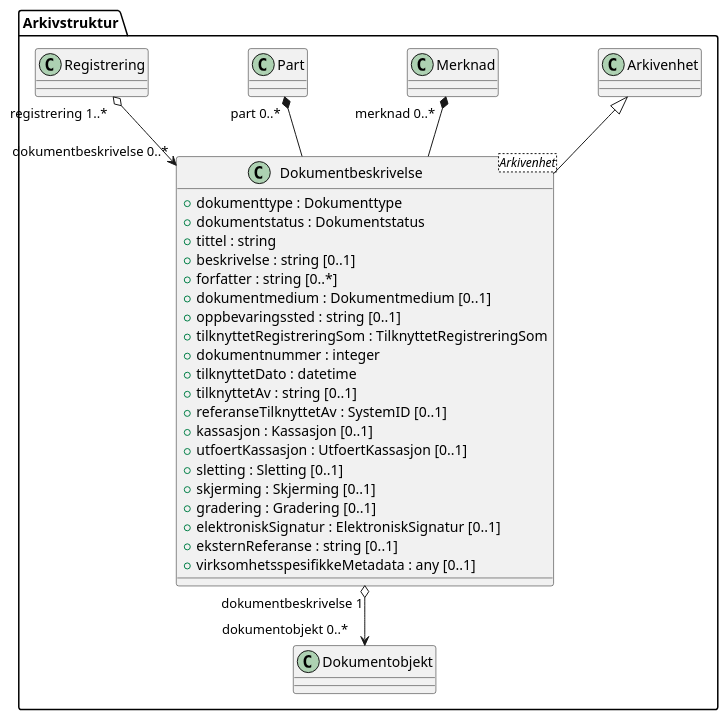
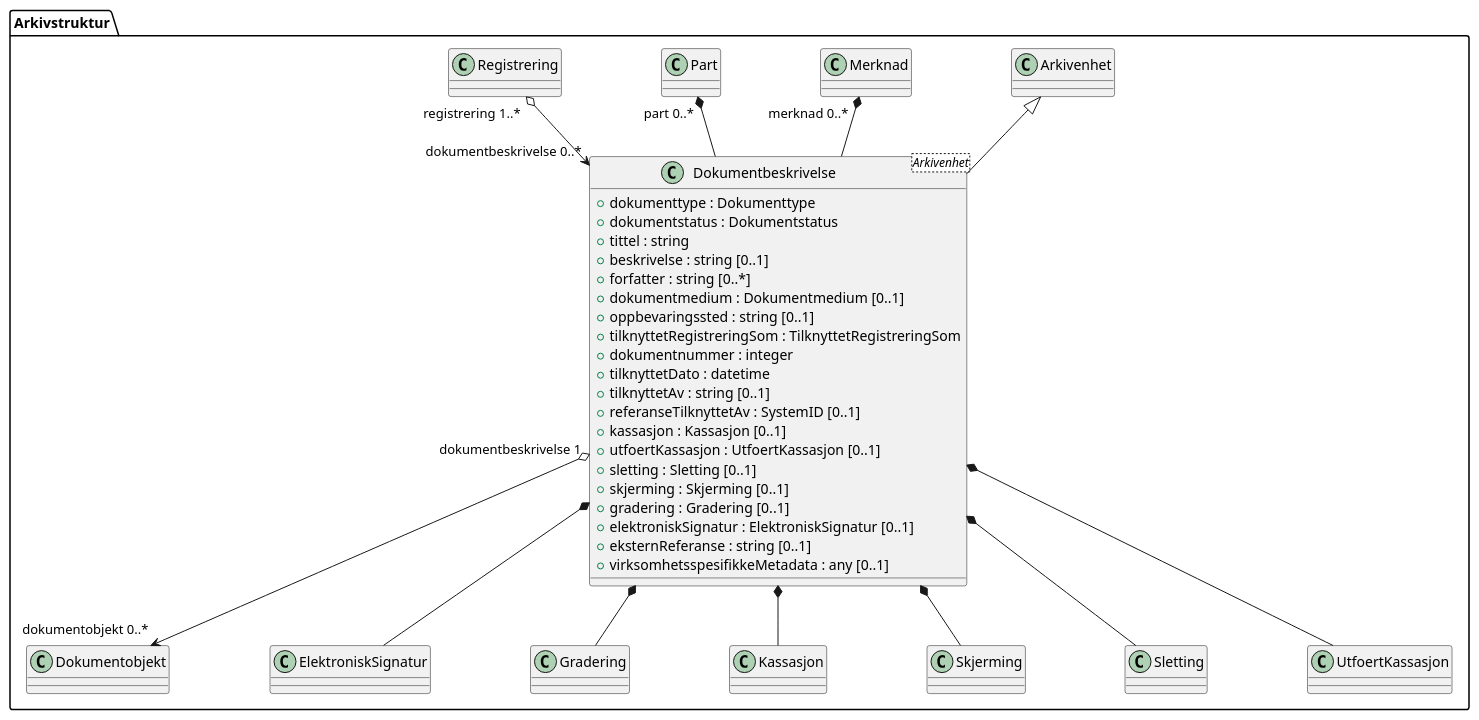
One commit to arkivverket/noark5-tjenestegrensesnitt-standard changed the diagram in kapitler/media/uml-class-dokumentbeskrivelse.puml. Above: the diagram before and after it, drawn with PlantUML. The commit also changed 12 other files, not shown here.

Commit message:
Oppdater UML-diagram med relasjon til innbakte entiteter.

```diff
--- a/kapitler/media/uml-class-dokumentbeskrivelse.puml
+++ b/kapitler/media/uml-class-dokumentbeskrivelse.puml
@@ -1,30 +1,36 @@
 @startuml
 skinparam nodesep 100
 class Arkivstruktur.Dokumentbeskrivelse <Arkivenhet> {
   +dokumenttype : Dokumenttype
   +dokumentstatus : Dokumentstatus
   +tittel : string
   +beskrivelse : string [0..1]
   +forfatter : string [0..*]
   +dokumentmedium : Dokumentmedium [0..1]
   +oppbevaringssted : string [0..1]
   +tilknyttetRegistreringSom : TilknyttetRegistreringSom
   +dokumentnummer : integer
   +tilknyttetDato : datetime
   +tilknyttetAv : string [0..1]
   +referanseTilknyttetAv : SystemID [0..1]
   +kassasjon : Kassasjon [0..1]
   +utfoertKassasjon : UtfoertKassasjon [0..1]
   +sletting : Sletting [0..1]
   +skjerming : Skjerming [0..1]
   +gradering : Gradering [0..1]
   +elektroniskSignatur : ElektroniskSignatur [0..1]
   +eksternReferanse : string [0..1]
   +virksomhetsspesifikkeMetadata : any [0..1]
 }
 Arkivstruktur.Arkivenhet <|-- Arkivstruktur.Dokumentbeskrivelse
 Arkivstruktur.Dokumentbeskrivelse "dokumentbeskrivelse 1" o--> "dokumentobjekt 0..*" Arkivstruktur.Dokumentobjekt
+Arkivstruktur.Dokumentbeskrivelse *-- Arkivstruktur.ElektroniskSignatur
+Arkivstruktur.Dokumentbeskrivelse *-- Arkivstruktur.Gradering
+Arkivstruktur.Dokumentbeskrivelse *-- Arkivstruktur.Kassasjon
+Arkivstruktur.Dokumentbeskrivelse *-- Arkivstruktur.Skjerming
+Arkivstruktur.Dokumentbeskrivelse *-- Arkivstruktur.Sletting
+Arkivstruktur.Dokumentbeskrivelse *-- Arkivstruktur.UtfoertKassasjon
 Arkivstruktur.Merknad "merknad 0..*" *-- Arkivstruktur.Dokumentbeskrivelse
 Arkivstruktur.Part "part 0..*" *-- Arkivstruktur.Dokumentbeskrivelse
 Arkivstruktur.Registrering "registrering 1..*" o--> "dokumentbeskrivelse 0..*" Arkivstruktur.Dokumentbeskrivelse
 @enduml
```
